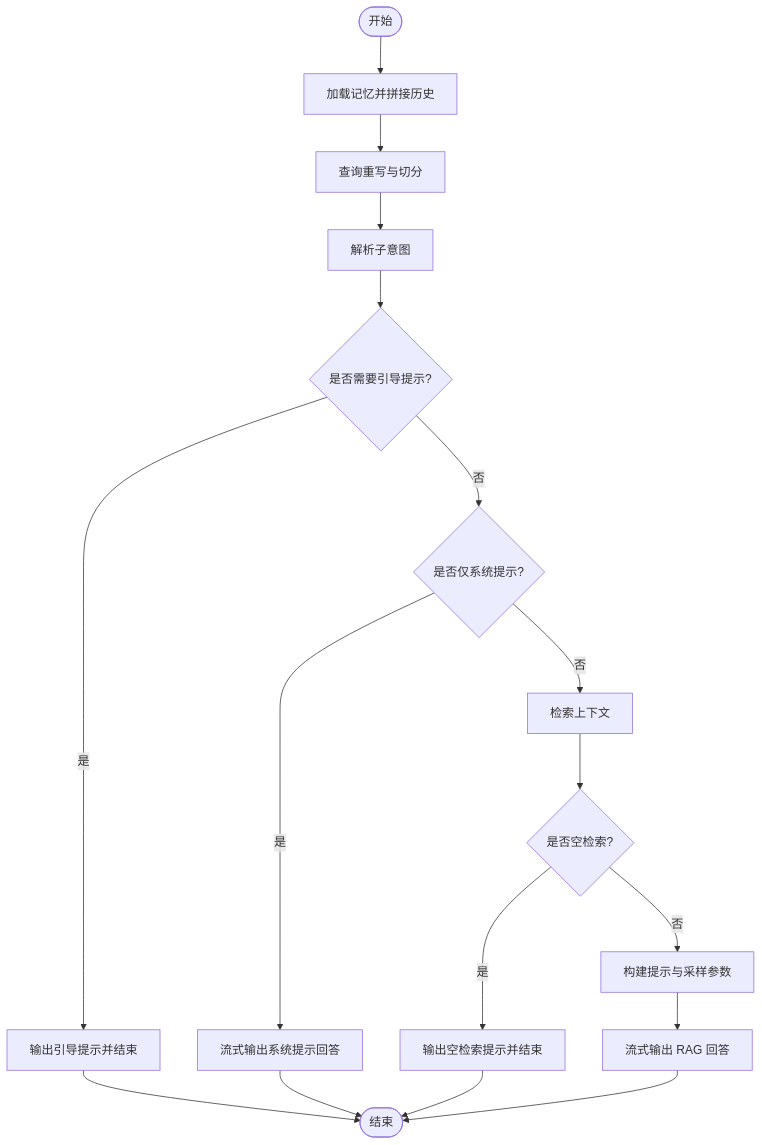
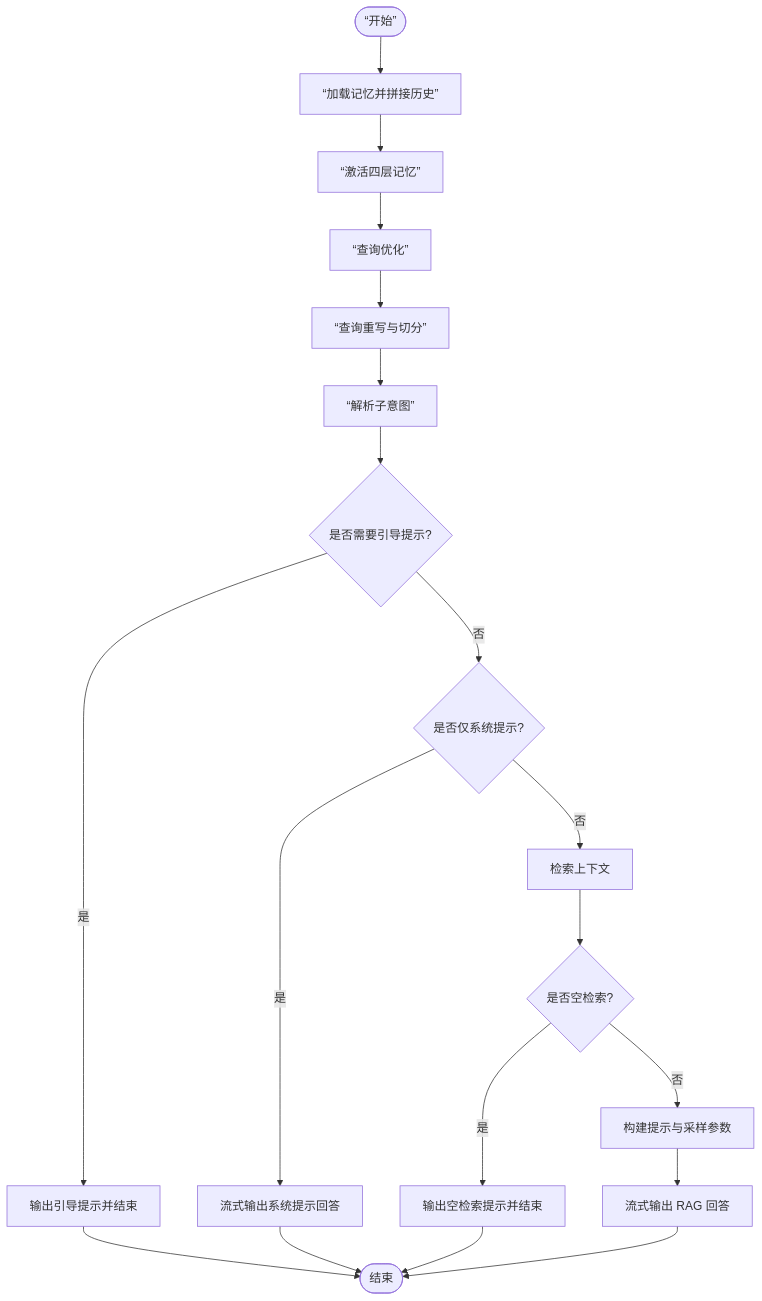
One commit to onceMisery/seahorse-agent changed the fourth of 8 diagrams in docs/zh/content/项目概述.md. Above: the diagram before and after it, drawn with Mermaid. The commit also changed other lines of this file and 5 other files, not shown here.

````diff
--- a/docs/zh/content/项目概述.md
+++ b/docs/zh/content/项目概述.md
@@ -165,19 +165,21 @@
 ```mermaid
 flowchart TD
-Start(["开始"]) --> Load["加载记忆并拼接历史"]
-Load --> Rewrite["查询重写与切分"]
-Rewrite --> Resolve["解析子意图"]
+Start([“开始”]) --> Load[“加载记忆并拼接历史”]
+Load --> Activate[“激活四层记忆”]
+Activate --> Optimize[“查询优化”]
+Optimize --> Rewrite[“查询重写与切分”]
+Rewrite --> Resolve[“解析子意图”]
 Resolve --> Guidance{"是否需要引导提示?"}
 Guidance --> |是| Prompt["输出引导提示并结束"]
 Guidance --> |否| SysOnly{"是否仅系统提示?"}
 SysOnly --> |是| SysResp["流式输出系统提示回答"]
 SysOnly --> |否| Retrieve["检索上下文"]
 Retrieve --> Empty{"是否空检索?"}
 Empty --> |是| EmptyMsg["输出空检索提示并结束"]
 Empty --> |否| Build["构建提示与采样参数"]
 Build --> Stream["流式输出 RAG 回答"]
 SysResp --> End(["结束"])
 Stream --> End
 Prompt --> End
 EmptyMsg --> End
 ```
````
